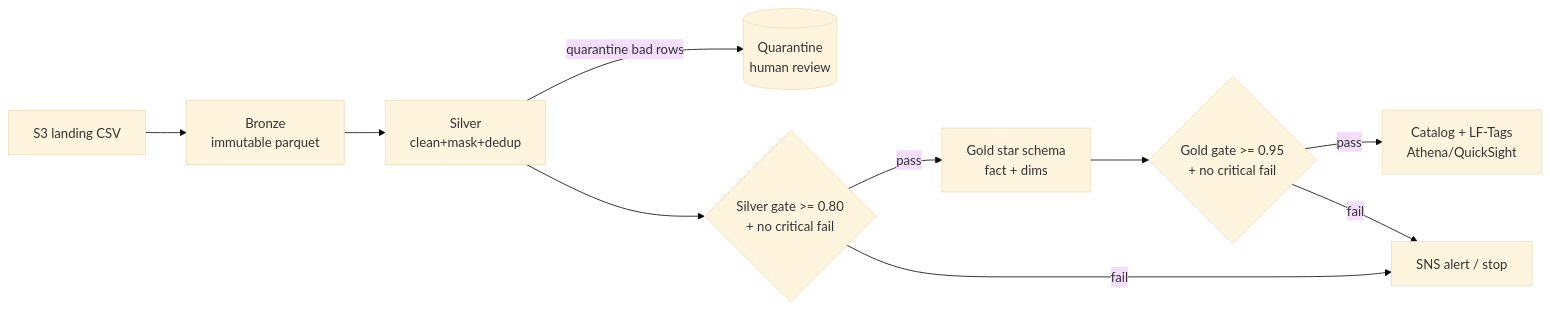
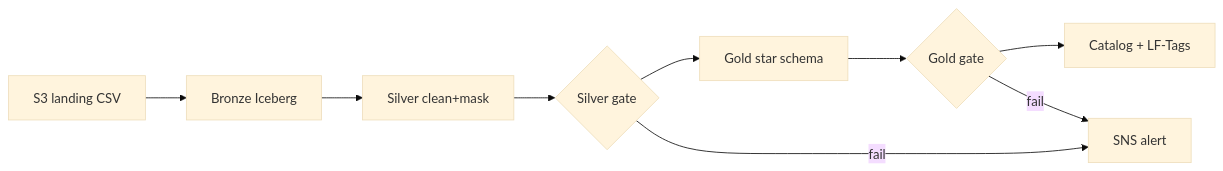
One commit to vkaladhar2385/adop-agentic-data-onboarding-aws changed the second of 2 diagrams in README.md. Above: the diagram before and after it, drawn with Mermaid (base theme). The commit also changed other lines of this file and 31 other files, not shown here.

````diff
--- a/README.md
+++ b/README.md
@@ -52,12 +162,11 @@
 ```mermaid
 flowchart LR
-  A[S3 landing CSV] --> B[Bronze<br/>immutable parquet]
-  B --> C[Silver<br/>clean+mask+dedup]
-  C -->|quarantine bad rows| Q[(Quarantine<br/>human review)]
-  C --> G1{Silver gate >= 0.80<br/>+ no critical fail}
-  G1 -->|pass| D[Gold star schema<br/>fact + dims]
-  D --> G2{Gold gate >= 0.95<br/>+ no critical fail}
-  G2 -->|pass| E[Catalog + LF-Tags<br/>Athena/QuickSight]
-  G1 -->|fail| X[SNS alert / stop]
+  A[S3 landing CSV] --> B[Bronze Iceberg]
+  B --> C[Silver clean+mask]
+  C --> G1{Silver gate}
+  G1 --> D[Gold star schema]
+  D --> G2{Gold gate}
+  G2 --> E[Catalog + LF-Tags]
+  G1 -->|fail| X[SNS alert]
   G2 -->|fail| X
 ```
````
